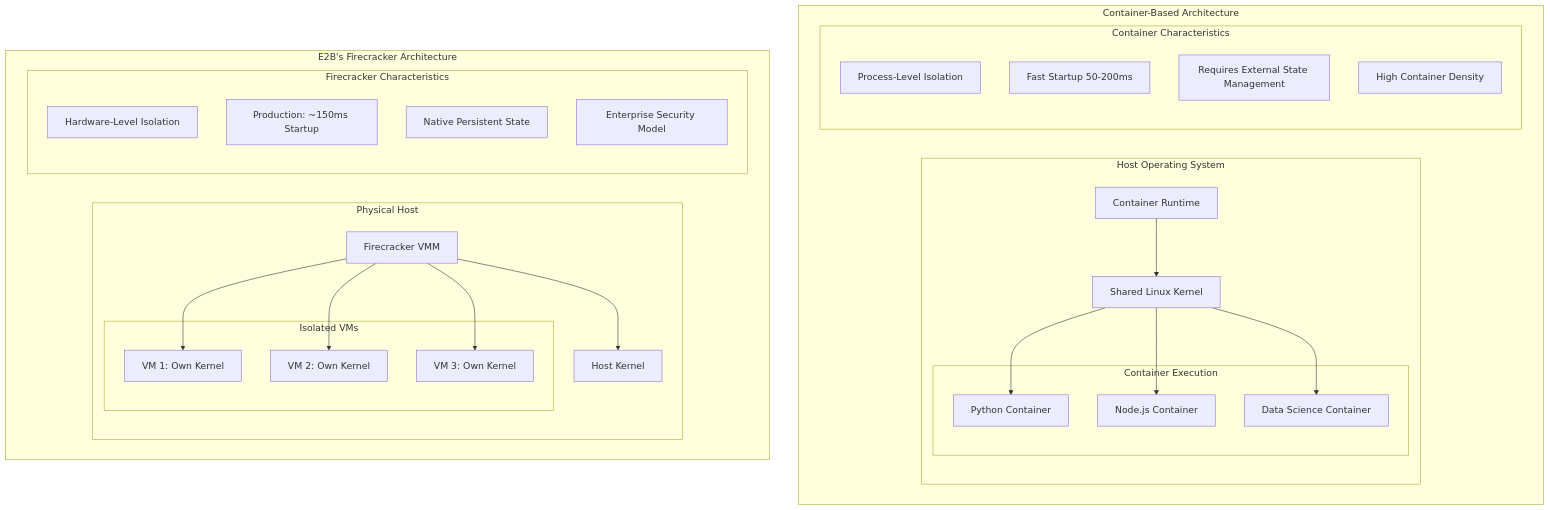
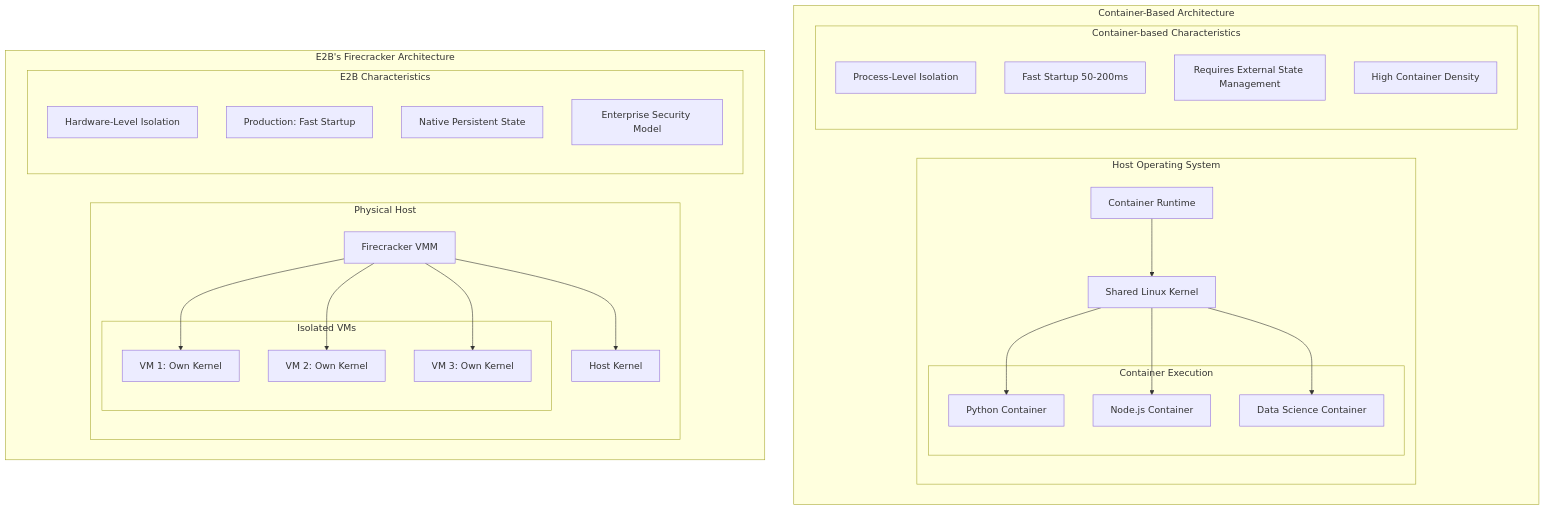
One commit to dwarvesf/research changed the fourth of 9 diagrams in breakdown/e2b.md. Above: the diagram before and after it, drawn with Mermaid. The commit also changed other lines of this file, not shown here.

````diff
--- a/breakdown/e2b.md
+++ b/breakdown/e2b.md
@@ -256,52 +247,52 @@
 ```mermaid
 graph TB
     subgraph "Container-Based Architecture"
         subgraph "Host Operating System"
             ContainerEngine[Container Runtime]
             SharedKernel[Shared Linux Kernel]
 
             subgraph "Container Execution"
                 Container1[Python Container]
                 Container2[Node.js Container]
                 Container3[Data Science Container]
             end
 
             ContainerEngine --> SharedKernel
             SharedKernel --> Container1
             SharedKernel --> Container2
             SharedKernel --> Container3
         end
 
-        subgraph "Container Characteristics"
+        subgraph "Container-based Characteristics"
             Security[Process-Level Isolation]
             Performance[Fast Startup 50-200ms]
             Persistence[Requires External State Management]
             Density[High Container Density]
         end
     end
 
     subgraph "E2B's Firecracker Architecture"
         subgraph "Physical Host"
             FirecrackerVMM[Firecracker VMM]
             HostKernel[Host Kernel]
 
             subgraph "Isolated VMs"
                 VM1[VM 1: Own Kernel]
                 VM2[VM 2: Own Kernel]
                 VM3[VM 3: Own Kernel]
             end
 
             FirecrackerVMM --> HostKernel
             FirecrackerVMM --> VM1
             FirecrackerVMM --> VM2
             FirecrackerVMM --> VM3
         end
 
-        subgraph "Firecracker Characteristics"
+        subgraph "E2B Characteristics"
             HWIsolation[Hardware-Level Isolation]
-            FastStart[Production: ~150ms Startup]
+            FastStart[Production: Fast Startup]
             StatePersist[Native Persistent State]
             Enterprise[Enterprise Security Model]
         end
     end
 ```
````
